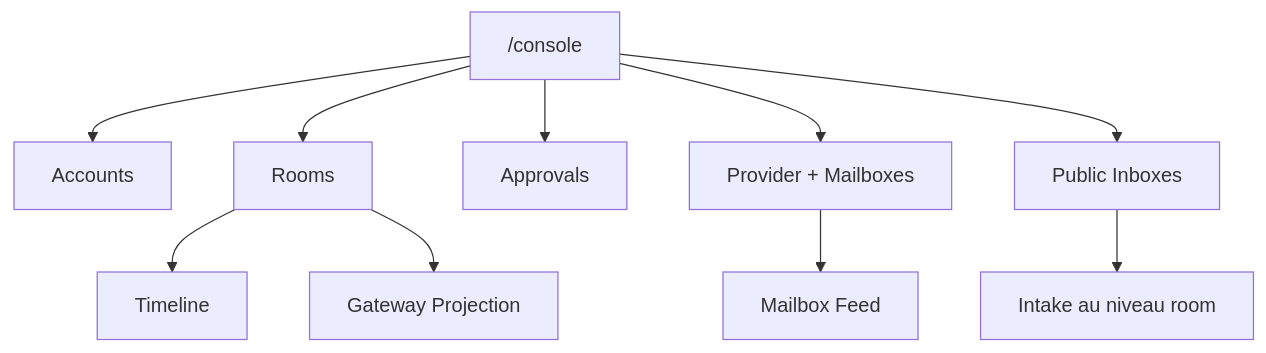
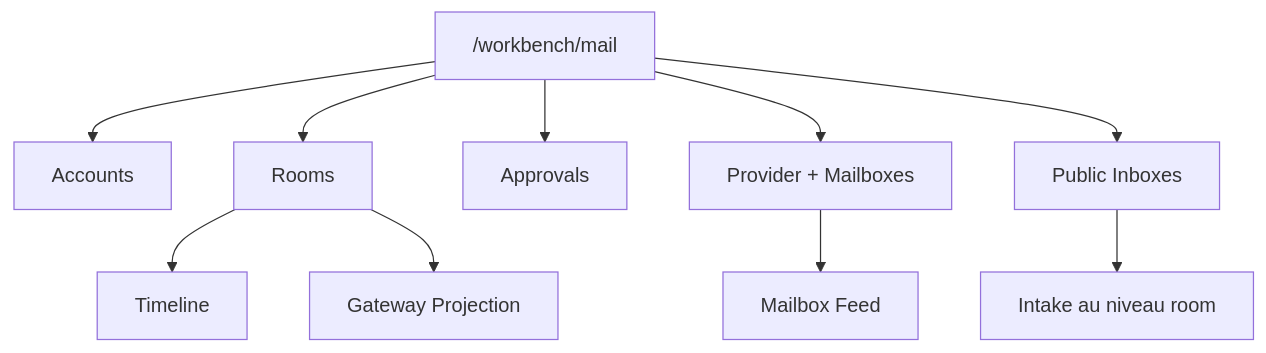
One commit to dangoZhang/mailclaws changed the fourth of 4 diagrams in docs/release-assets.fr.md. Above: the diagram before and after it, drawn with Mermaid. The commit also changed other lines of this file and 35 other files, not shown here.

Commit message:
chore(workbench): remove legacy console surface

````diff
--- a/docs/release-assets.fr.md
+++ b/docs/release-assets.fr.md
@@ -150,12 +150,12 @@
 ```mermaid
 flowchart TD
-  A["/console"] --> B["Accounts"]
+  A["/workbench/mail"] --> B["Accounts"]
   A --> C["Rooms"]
   A --> D["Approvals"]
   A --> E["Provider + Mailboxes"]
   A --> I["Public Inboxes"]
   C --> F["Timeline"]
   C --> G["Gateway Projection"]
   E --> H["Mailbox Feed"]
   I --> J["Intake au niveau room"]
 ```
````
